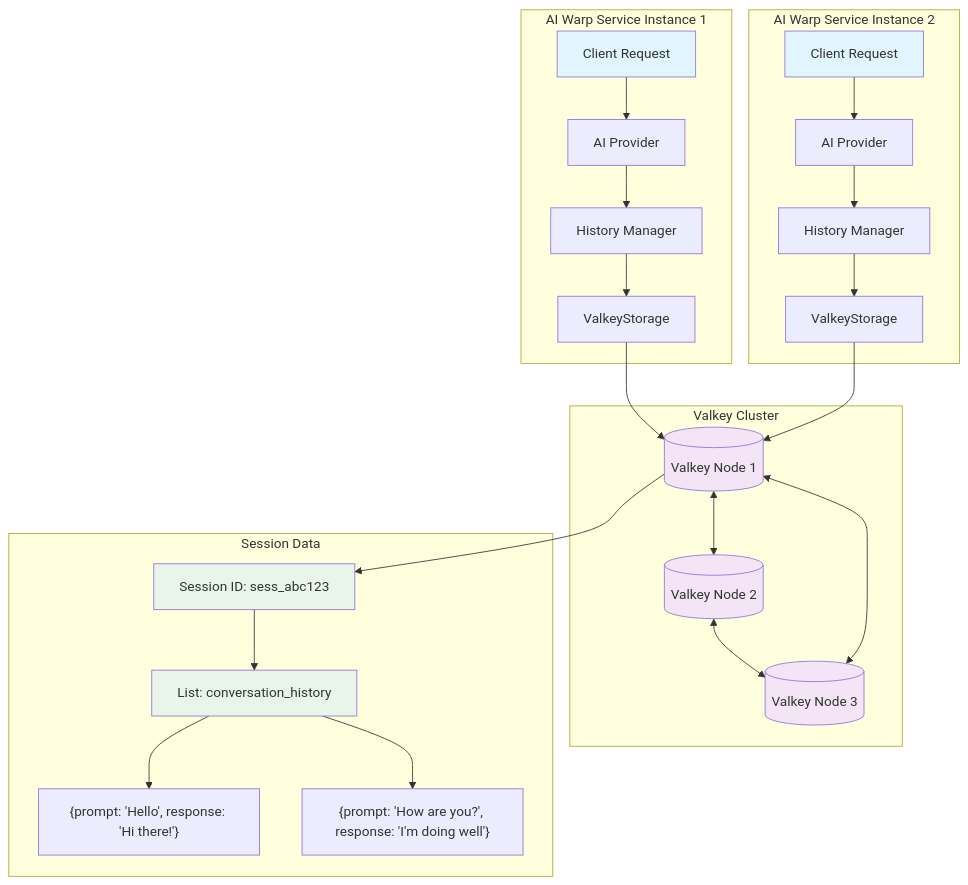
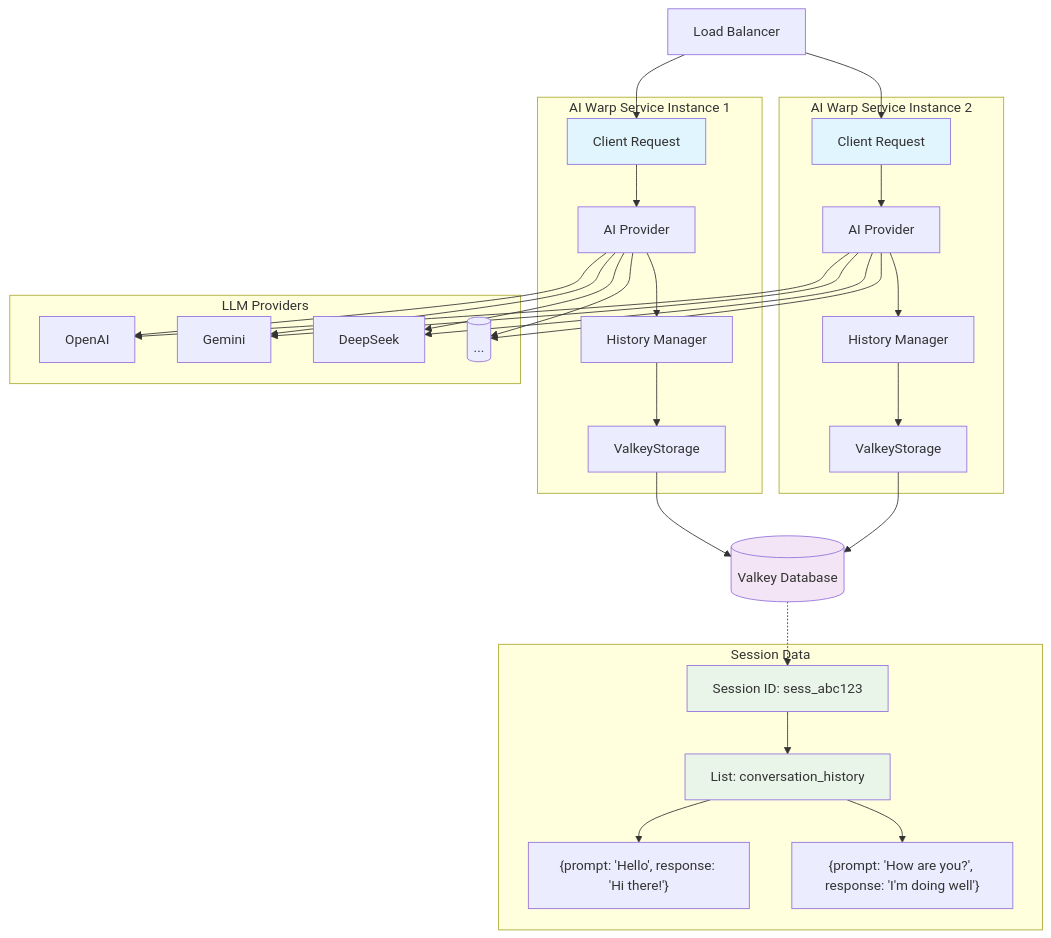
Before and after one commit to platformatic/ai-warp: the diagram in BLOG.md, drawn with Mermaid. The commit also changed other lines of this file, not shown here.

First line of the commit message:
Add load balancer to architecture diagram (#18)

````diff
--- a/BLOG.md
+++ b/BLOG.md
@@ -91,46 +91,56 @@
 ```mermaid
 graph TB
+    LB[Load Balancer] --> A1
+    LB --> A2
+    
     subgraph "AI Warp Service Instance 1"
         A1[Client Request] --> B1[AI Provider]
         B1 --> C1[History Manager]
         C1 --> D1[ValkeyStorage]
     end
     
     subgraph "AI Warp Service Instance 2"
         A2[Client Request] --> B2[AI Provider]
         B2 --> C2[History Manager]
         C2 --> D2[ValkeyStorage]
     end
     
-    subgraph "Valkey Cluster"
-        V1[(Valkey Node 1)]
-        V2[(Valkey Node 2)]
-        V3[(Valkey Node 3)]
+    subgraph "LLM Providers"
+        OpenAI[OpenAI]
+        Gemini[Gemini]
+        DeepSeek[DeepSeek]
+        Others[(...)]
     end
+    
+    B1 --> OpenAI
+    B1 --> Gemini
+    B1 --> DeepSeek
+    B1 --> Others
+    B2 --> OpenAI
+    B2 --> Gemini
+    B2 --> DeepSeek
+    B2 --> Others
+    
+    V1[(Valkey Database)]
     
     D1 --> V1
     D2 --> V1
-    V1 <--> V2
-    V2 <--> V3
-    V3 <--> V1
     
     subgraph "Session Data"
         S1[Session ID: sess_abc123]
         S2[List: conversation_history]
         S3["{prompt: 'Hello', response: 'Hi there!'}"]
         S4["{prompt: 'How are you?', response: 'I'm doing well'}"]
     end
     
-    V1 --> S1
+    V1 -.-> S1
     S1 --> S2
     S2 --> S3
     S2 --> S4
     
     style A1 fill:#e1f5fe
     style A2 fill:#e1f5fe
     style V1 fill:#f3e5f5
-    style V2 fill:#f3e5f5
-    style V3 fill:#f3e5f5
     style S1 fill:#e8f5e8
     style S2 fill:#e8f5e8
 ```
````
